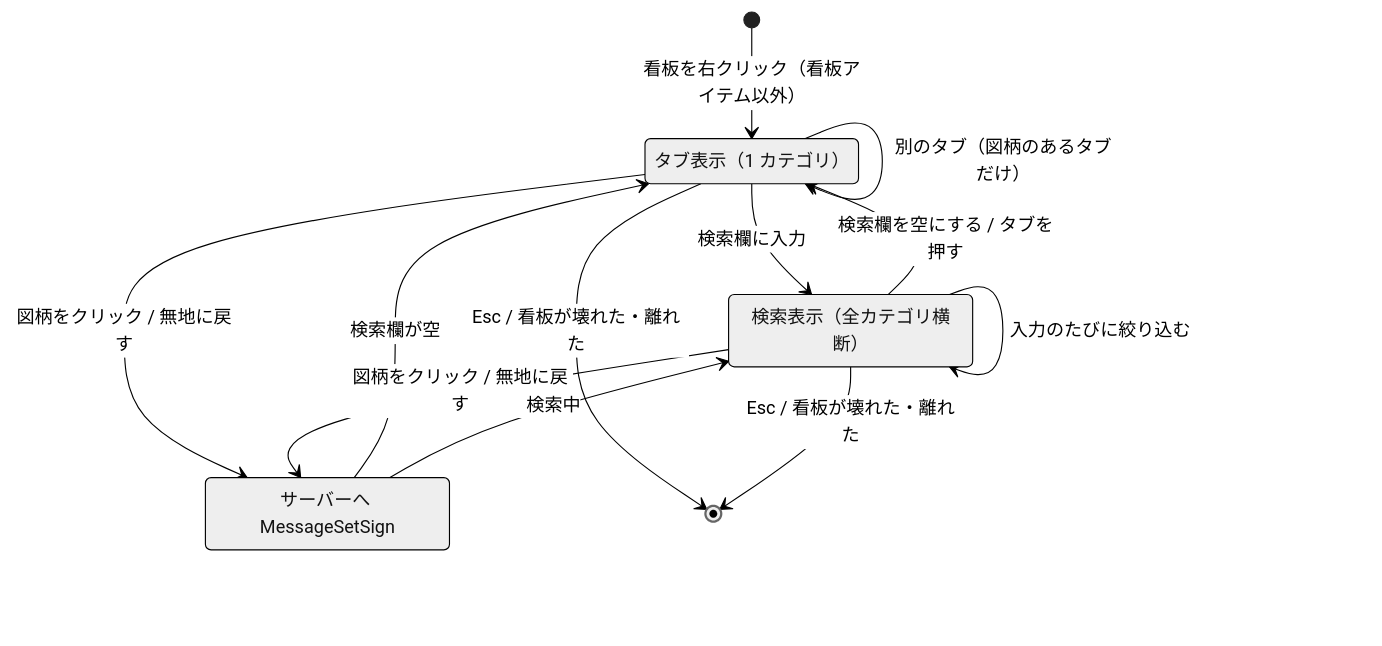
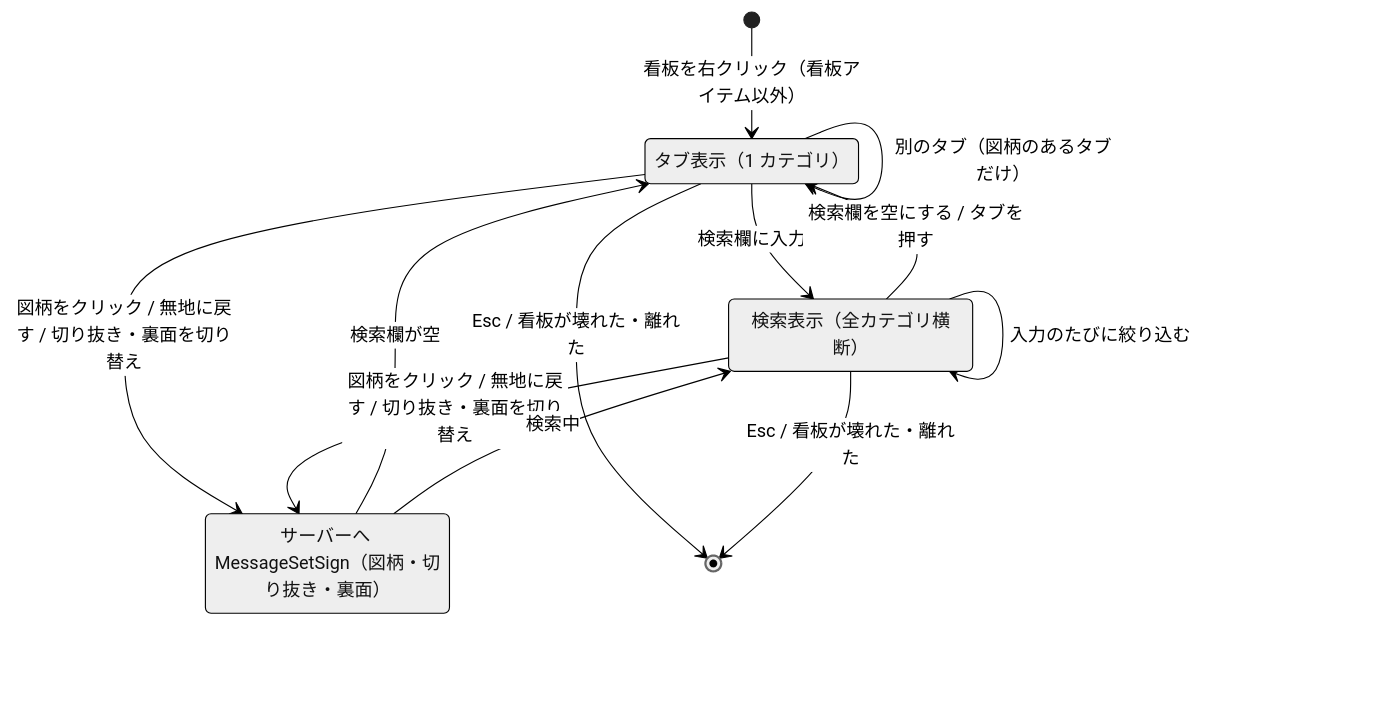
The diagram in doc/diagrams/gui-sign-picker.md (zeusisgood/safetysigns), drawn with Mermaid (neutral theme) before and after one commit. The commit also changed other lines of this file and 21 other files, not shown here.

````diff
--- a/doc/diagrams/gui-sign-picker.md
+++ b/doc/diagrams/gui-sign-picker.md
@@ -10,17 +10,17 @@
 ```mermaid
 stateDiagram-v2
     [*] --> Tab: 看板を右クリック（看板アイテム以外）
     Tab: タブ表示（1 カテゴリ）
     Search: 検索表示（全カテゴリ横断）
     Tab --> Tab: 別のタブ（図柄のあるタブだけ）
     Tab --> Search: 検索欄に入力
     Search --> Search: 入力のたびに絞り込む
     Search --> Tab: 検索欄を空にする / タブを押す
-    Tab --> Send: 図柄をクリック / 無地に戻す
-    Search --> Send: 図柄をクリック / 無地に戻す
-    Send: サーバーへ MessageSetSign
+    Tab --> Send: 図柄をクリック / 無地に戻す / 切り抜き・裏面を切り替え
+    Search --> Send: 図柄をクリック / 無地に戻す / 切り抜き・裏面を切り替え
+    Send: サーバーへ MessageSetSign（図柄・切り抜き・裏面）
     Send --> Tab: 検索欄が空
     Send --> Search: 検索中
     Tab --> [*]: Esc / 看板が壊れた・離れた
     Search --> [*]: Esc / 看板が壊れた・離れた
 ```
````
